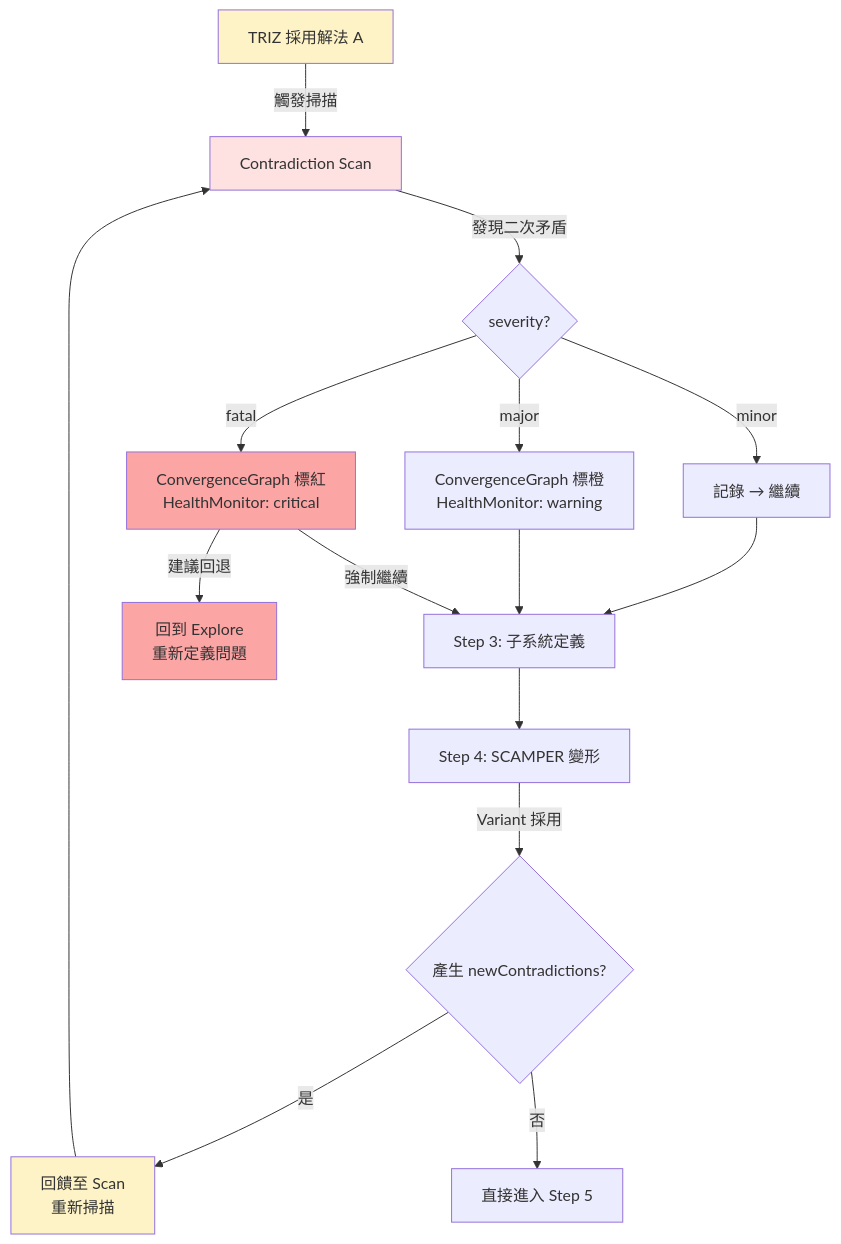
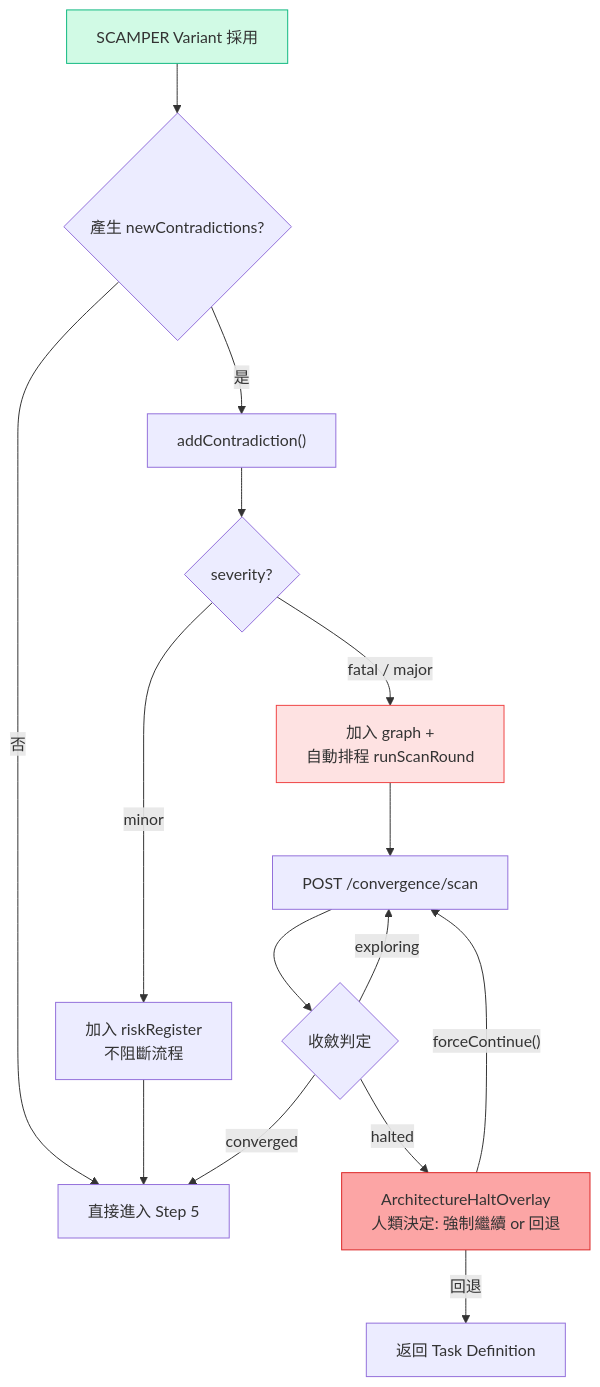
One commit to JIA-HONG-CHU/design-copilot-blueprint changed the fifth of 5 diagrams in docs/diagrams/triz-to-scamper-flow.md. Above: the diagram before and after it, drawn with Mermaid. The commit also changed other lines of this file and 2 other files, not shown here.

First line of the commit message:
fix: align TRIZ-SCAMPER flow doc with code + add state guard & auto re-scan

````diff
--- a/docs/diagrams/triz-to-scamper-flow.md
+++ b/docs/diagrams/triz-to-scamper-flow.md
@@ -252,25 +280,21 @@
 ```mermaid
 flowchart TB
-    A["TRIZ 採用解法 A"] -->|"觸發掃描"| B["Contradiction Scan"]
-    B -->|"發現二次矛盾"| C{"severity?"}
-    C -->|"minor"| D["記錄 → 繼續"]
-    C -->|"major"| E["ConvergenceGraph 標橙<br/>HealthMonitor: warning"]
-    C -->|"fatal"| F["ConvergenceGraph 標紅<br/>HealthMonitor: critical"]
+    A["SCAMPER Variant 採用"] --> B{"產生 newContradictions?"}
+    B -->|"否"| C["直接進入 Step 5"]
+    B -->|"是"| D["addContradiction()"]
+    D --> E{"severity?"}
+    E -->|"minor"| F["加入 riskRegister<br/>不阻斷流程"]
+    F --> C
+    E -->|"fatal / major"| G["加入 graph +<br/>自動排程 runScanRound"]
+    G --> H["POST /convergence/scan"]
+    H --> I{"收斂判定"}
+    I -->|"converged"| C
+    I -->|"exploring"| H
+    I -->|"halted"| J["ArchitectureHaltOverlay<br/>人類決定: 強制繼續 or 回退"]
+    J -->|"forceContinue()"| H
+    J -->|"回退"| K["返回 Task Definition"]
 
-    D --> G["Step 3: 子系統定義"]
-    E --> G
-    F -->|"建議回退"| H["回到 Explore<br/>重新定義問題"]
-    F -->|"強制繼續"| G
-
-    G --> I["Step 4: SCAMPER 變形"]
-    I -->|"Variant 採用"| J{"產生 newContradictions?"}
-    J -->|"是"| K["回饋至 Scan<br/>重新掃描"]
-    J -->|"否"| L["直接進入 Step 5"]
-    K --> B
-
-    style A fill:#FEF3C7
-    style B fill:#FEE2E2
-    style F fill:#FCA5A5
-    style H fill:#FCA5A5
-    style K fill:#FEF3C7
+    style A fill:#D1FAE5,stroke:#10B981
+    style G fill:#FEE2E2,stroke:#EF4444
+    style J fill:#FCA5A5,stroke:#DC2626
 ```
````
